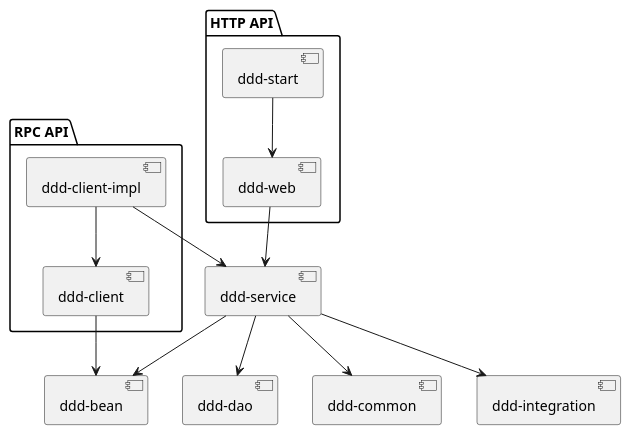
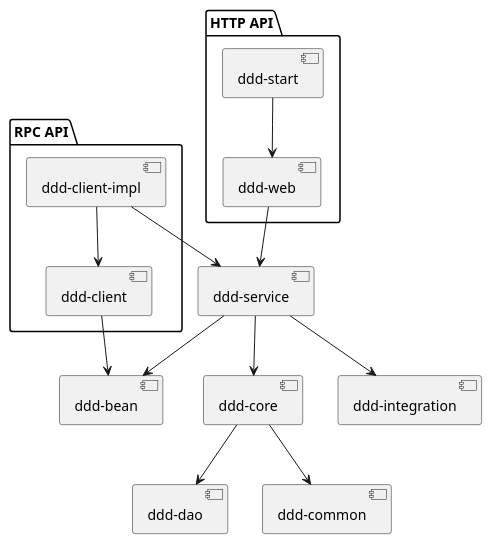
Before and after one commit to Madq92/ddd: the diagram in doc/项目结构.puml, drawn with PlantUML. The commit also changed 45 other files, not shown here.

```diff
--- a/doc/项目结构.puml
+++ b/doc/项目结构.puml
@@ -1,27 +1,29 @@
 @startuml
 'https://plantuml.com/component-diagram
 package "HTTP API"{
     [ddd-start]
     [ddd-web]
 }
 
 package "RPC API"{
     [ddd-client]
     [ddd-client-impl]
 }
 
 
 [ddd-start] --> [ddd-web]
 
 [ddd-web] --> [ddd-service]
 
 [ddd-client] --> [ddd-bean]
 
 [ddd-client-impl] --> [ddd-client]
 [ddd-client-impl] --> [ddd-service]
 
-[ddd-service] --> [ddd-dao]
-[ddd-service] --> [ddd-common]
+[ddd-service] --> [ddd-core]
 [ddd-service] --> [ddd-bean]
 [ddd-service] --> [ddd-integration]
+
+[ddd-core] --> [ddd-dao]
+[ddd-core] --> [ddd-common]
 @enduml
```
